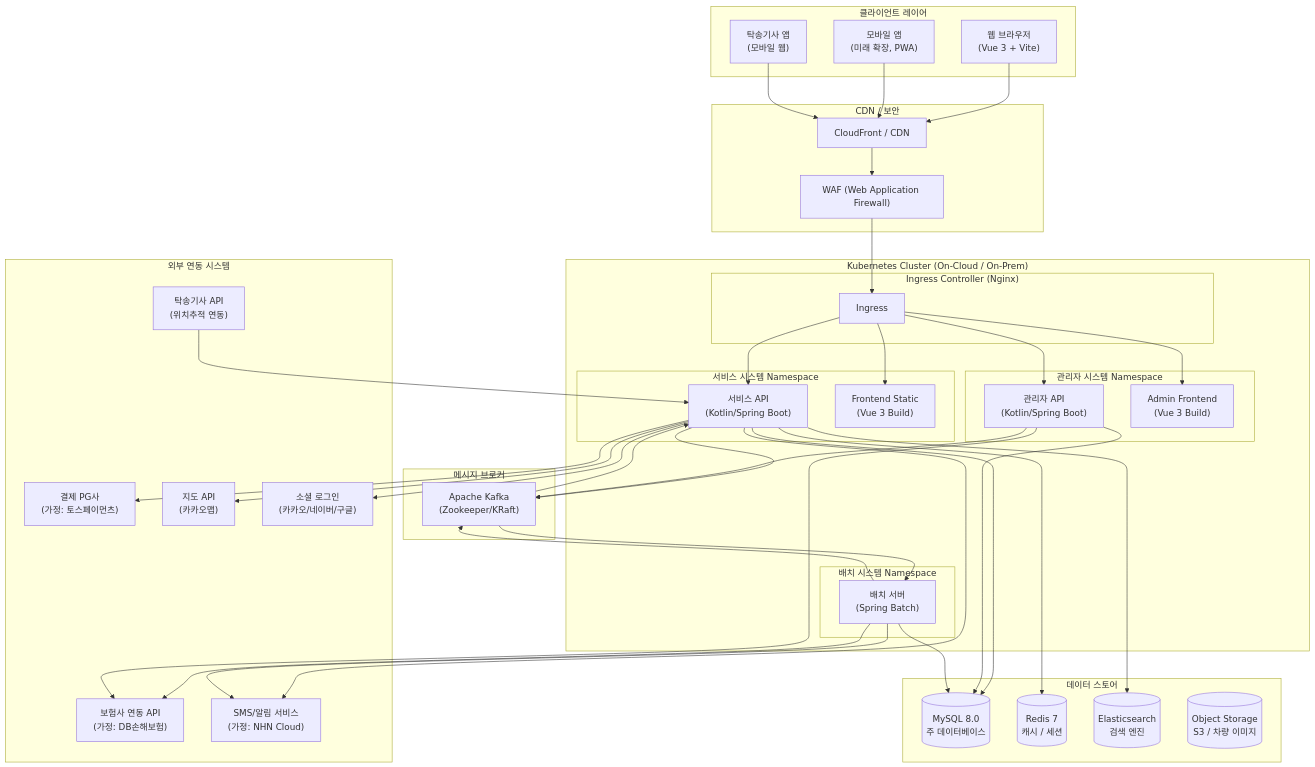
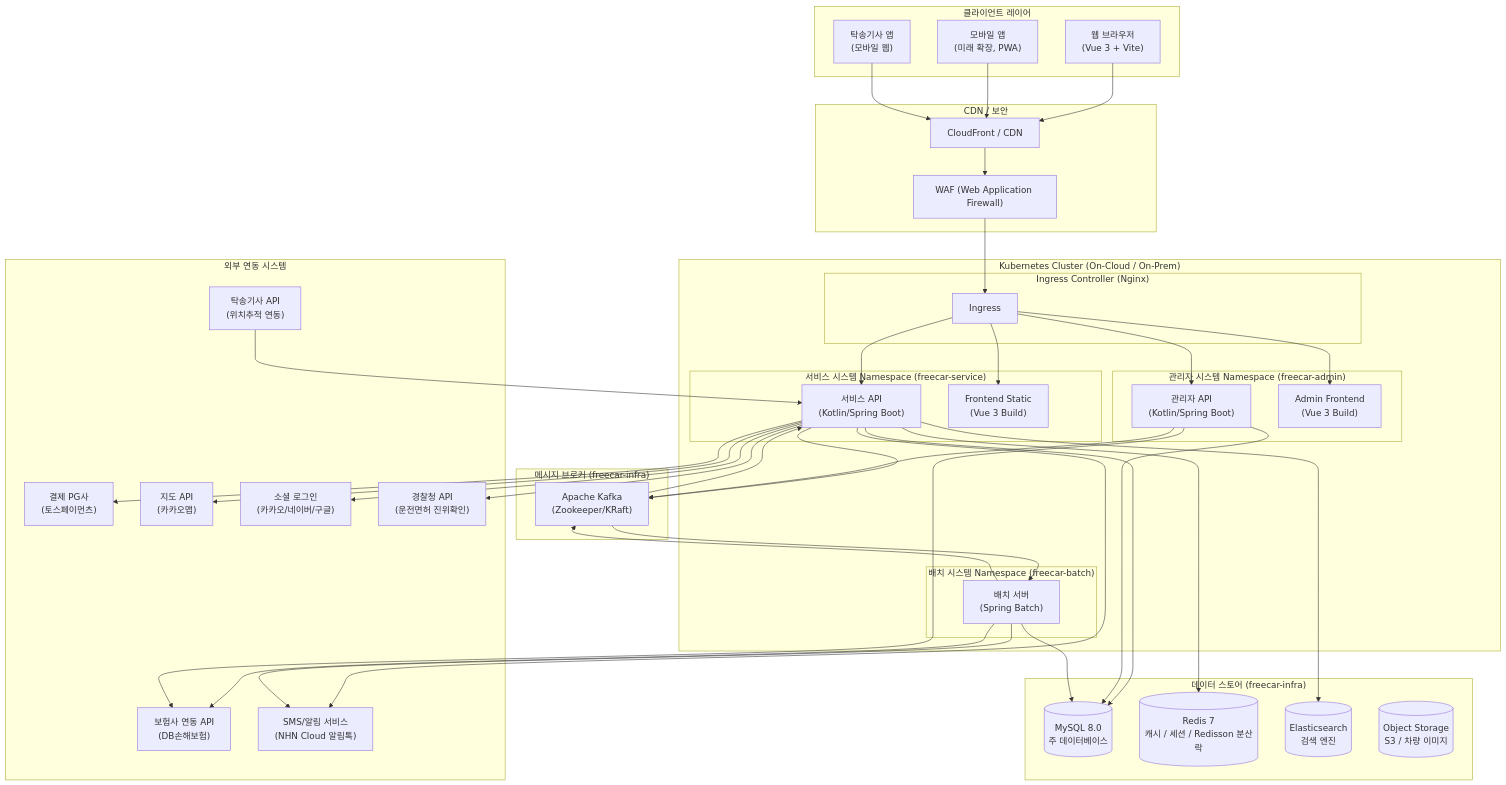
The first of 2 diagrams in docs/02_기술_규격서.md (bruce2294/free-car), drawn with Mermaid before and after one commit. The commit also changed other lines of this file and 6 other files, not shown here.

```diff
--- a/docs/02_기술_규격서.md
+++ b/docs/02_기술_규격서.md
@@ -27,38 +27,39 @@
             ING["Ingress"]
         end
 
-        subgraph ServiceSys["서비스 시스템 Namespace"]
+        subgraph ServiceSys["서비스 시스템 Namespace (freecar-service)"]
             SVC_API["서비스 API\n(Kotlin/Spring Boot)"]
             SVC_FRONT["Frontend Static\n(Vue 3 Build)"]
         end
 
-        subgraph AdminSys["관리자 시스템 Namespace"]
+        subgraph AdminSys["관리자 시스템 Namespace (freecar-admin)"]
             ADM_API["관리자 API\n(Kotlin/Spring Boot)"]
             ADM_FRONT["Admin Frontend\n(Vue 3 Build)"]
         end
 
-        subgraph BatchSys["배치 시스템 Namespace"]
+        subgraph BatchSys["배치 시스템 Namespace (freecar-batch)"]
             BAT["배치 서버\n(Spring Batch)"]
         end
     end
 
-    subgraph MsgBroker["메시지 브로커"]
+    subgraph MsgBroker["메시지 브로커 (freecar-infra)"]
         KAFKA["Apache Kafka\n(Zookeeper/KRaft)"]
     end
 
-    subgraph DataStore["데이터 스토어"]
+    subgraph DataStore["데이터 스토어 (freecar-infra)"]
         MYSQL[(MySQL 8.0\n주 데이터베이스)]
-        REDIS[(Redis 7\n캐시 / 세션)]
+        REDIS[(Redis 7\n캐시 / 세션 / Redisson 분산락)]
         ES[(Elasticsearch\n검색 엔진)]
         S3[(Object Storage\nS3 / 차량 이미지)]
     end
 
     subgraph ExternalAPI["외부 연동 시스템"]
-        PG["결제 PG사\n(가정: 토스페이먼츠)"]
-        INS["보험사 연동 API\n(가정: DB손해보험)"]
-        SMS["SMS/알림 서비스\n(가정: NHN Cloud)"]
+        PG["결제 PG사\n(토스페이먼츠)"]
+        INS["보험사 연동 API\n(DB손해보험)"]
+        SMS["SMS/알림 서비스\n(NHN Cloud 알림톡)"]
         MAP["지도 API\n(카카오맵)"]
         OAUTH["소셜 로그인\n(카카오/네이버/구글)"]
+        POLICE["경찰청 API\n(운전면허 진위확인)"]
         DRV_API["탁송기사 API\n(위치추적 연동)"]
     end
 
@@ -88,6 +89,7 @@
     SVC_API --> OAUTH
     SVC_API --> SMS
     SVC_API --> MAP
+    SVC_API --> POLICE
     BAT --> INS
     BAT --> SMS
     ADM_API --> INS
```
